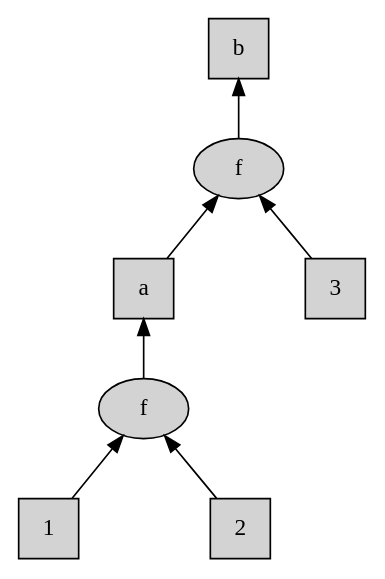
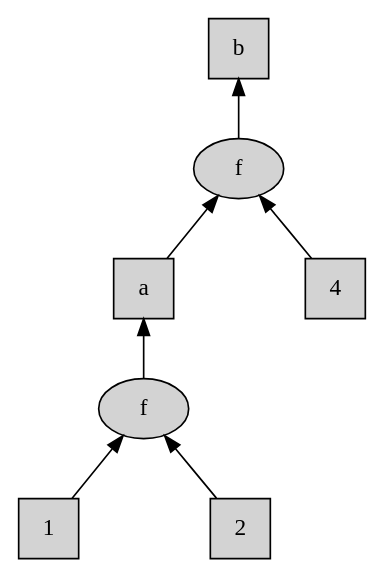
One commit to llllllllll/lazy-talk changed the diagram in graphs/tree-full.dot. Above: the diagram before and after it, drawn with Graphviz. The commit also changed 19 other files, not shown here.

```diff
--- a/graphs/tree-full.dot
+++ b/graphs/tree-full.dot
@@ -1,20 +1,20 @@
 digraph tree_full {
     graph [rankdir=BT];
     node [style=filled];
     nodesep=1.1;
 
     _1 [label="1", shape="square"];
     _2 [label="2", shape="square"];
     add_1_2 [label="f"];
     {_1 _2} -> add_1_2;
 
     a [label="a", shape="square"];
     add_1_2 -> a;
 
-    _3 [label="3", shape="square"];
-    add_a_3 [label="f"];
-    {a _3} -> add_a_3;
+    _4 [label="4", shape="square"];
+    add_a_4 [label="f"];
+    {a _4} -> add_a_4;
 
     b [shape="square"];
-    add_a_3 -> b;
+    add_a_4 -> b;
 }
```
